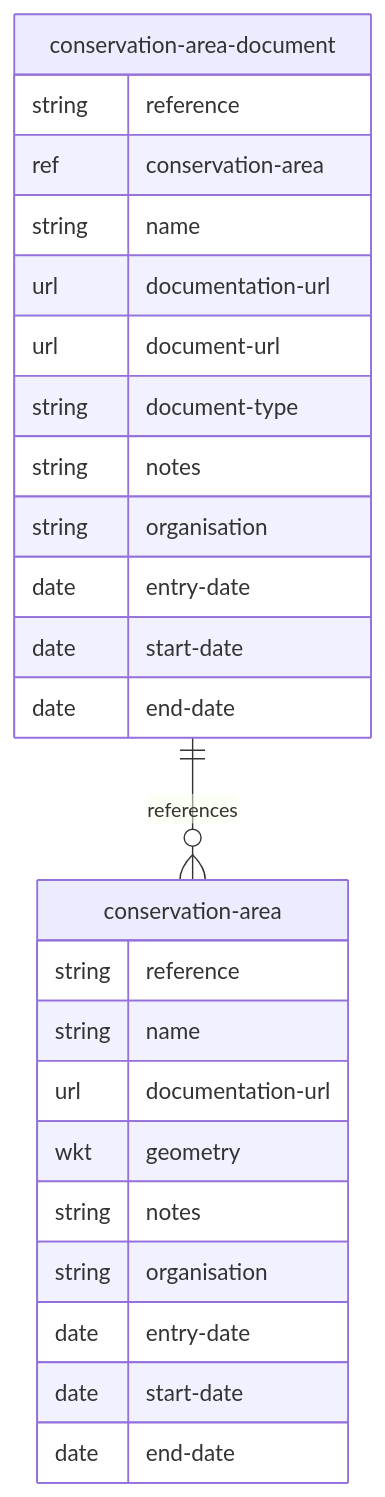
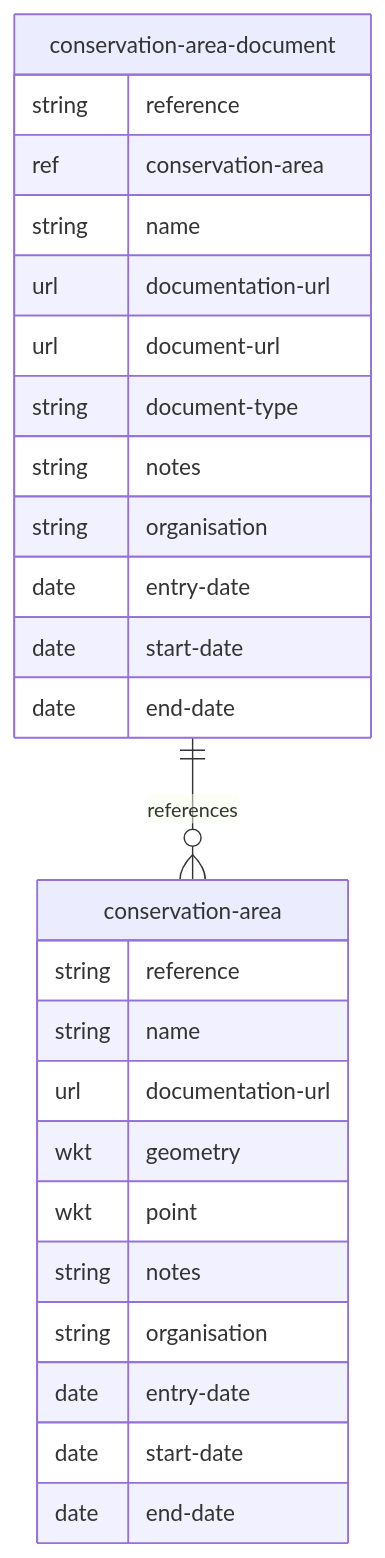
The diagram in mermaid/conservation-area.md (digital-land/specification), drawn with Mermaid before and after one commit. The commit also changed 5 other files, not shown here.

Commit message:
Rebuilt docs mermaid

````diff
--- a/mermaid/conservation-area.md
+++ b/mermaid/conservation-area.md
@@ -4,28 +4,29 @@
 ```mermaid
 erDiagram
     conservation-area {
         string reference
         string name
         url documentation-url
         wkt geometry
+        wkt point
         string notes
         string organisation
         date entry-date
         date start-date
         date end-date
     }
     conservation-area-document {
         string reference
         ref conservation-area
         string name
         url documentation-url
         url document-url
         string document-type
         string notes
         string organisation
         date entry-date
         date start-date
         date end-date
     }
     conservation-area-document ||--o{ conservation-area : references
 ```
````
